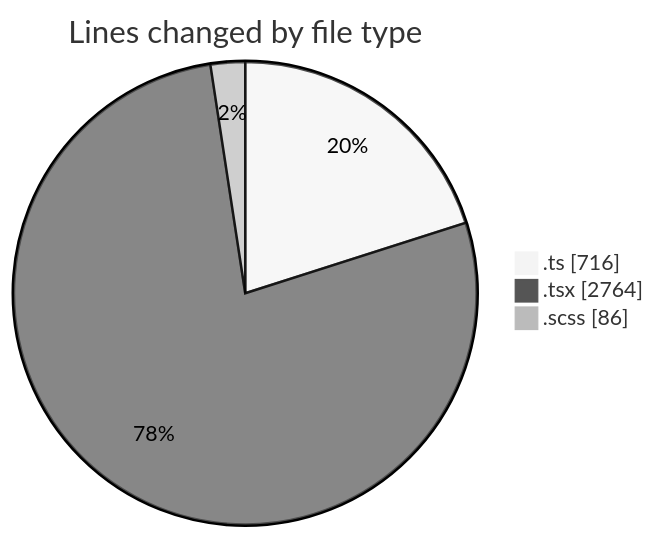
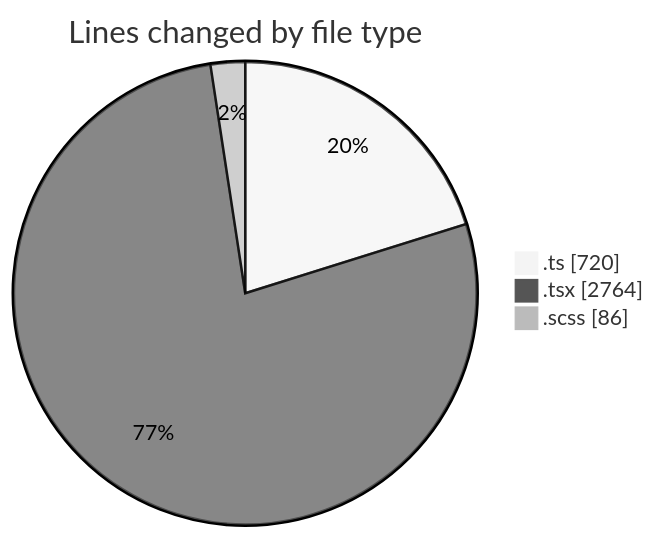
Before and after one commit to momahboobian/code-tracking: the first of 2 diagrams in 2026-10-21/cda/README.md, drawn with Mermaid (neutral theme). The commit also changed other lines of this file and 1 other file, not shown here.

````diff
--- a/2026-10-21/cda/README.md
+++ b/2026-10-21/cda/README.md
@@ -31,7 +31,7 @@
 ```mermaid
 pie showData
 title Lines changed by file type
-".ts" : 716
+".ts" : 720
 ".tsx" : 2764
 ".scss" : 86
 ```
````
